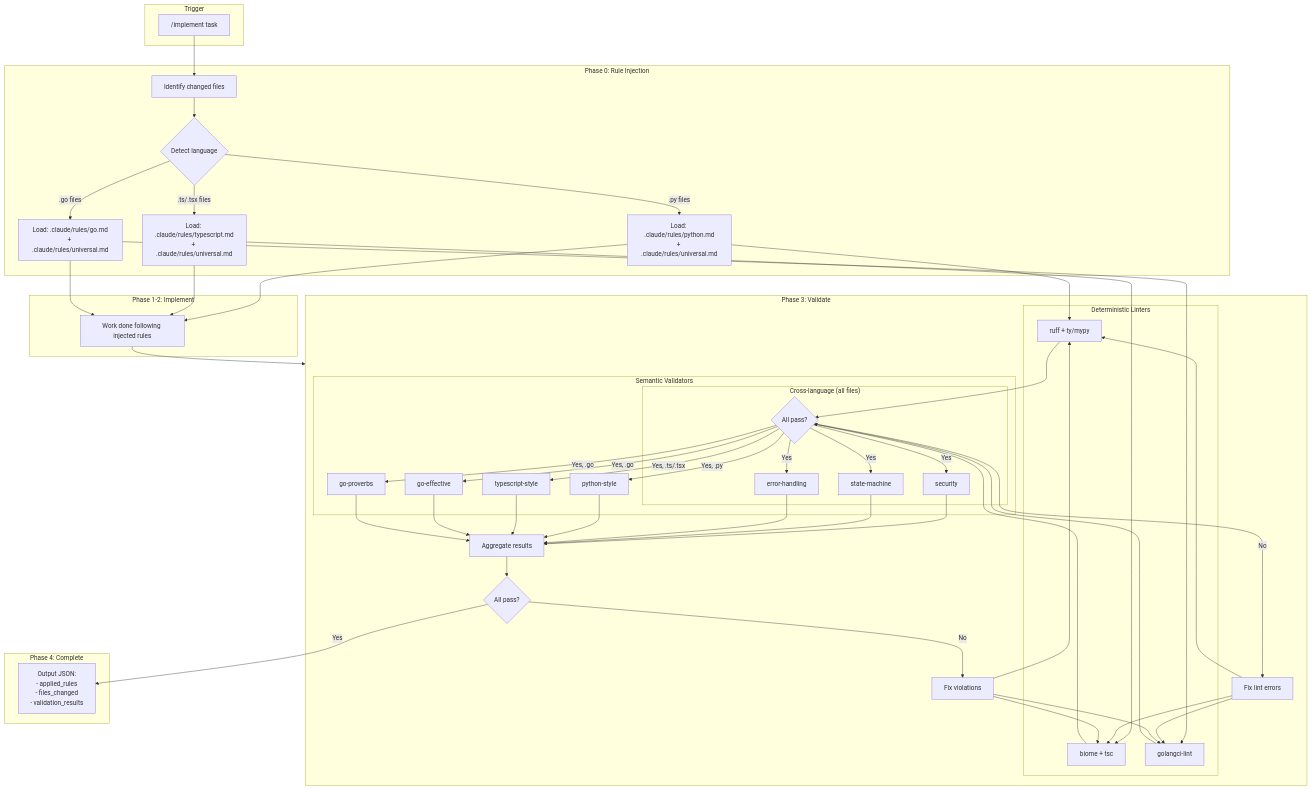
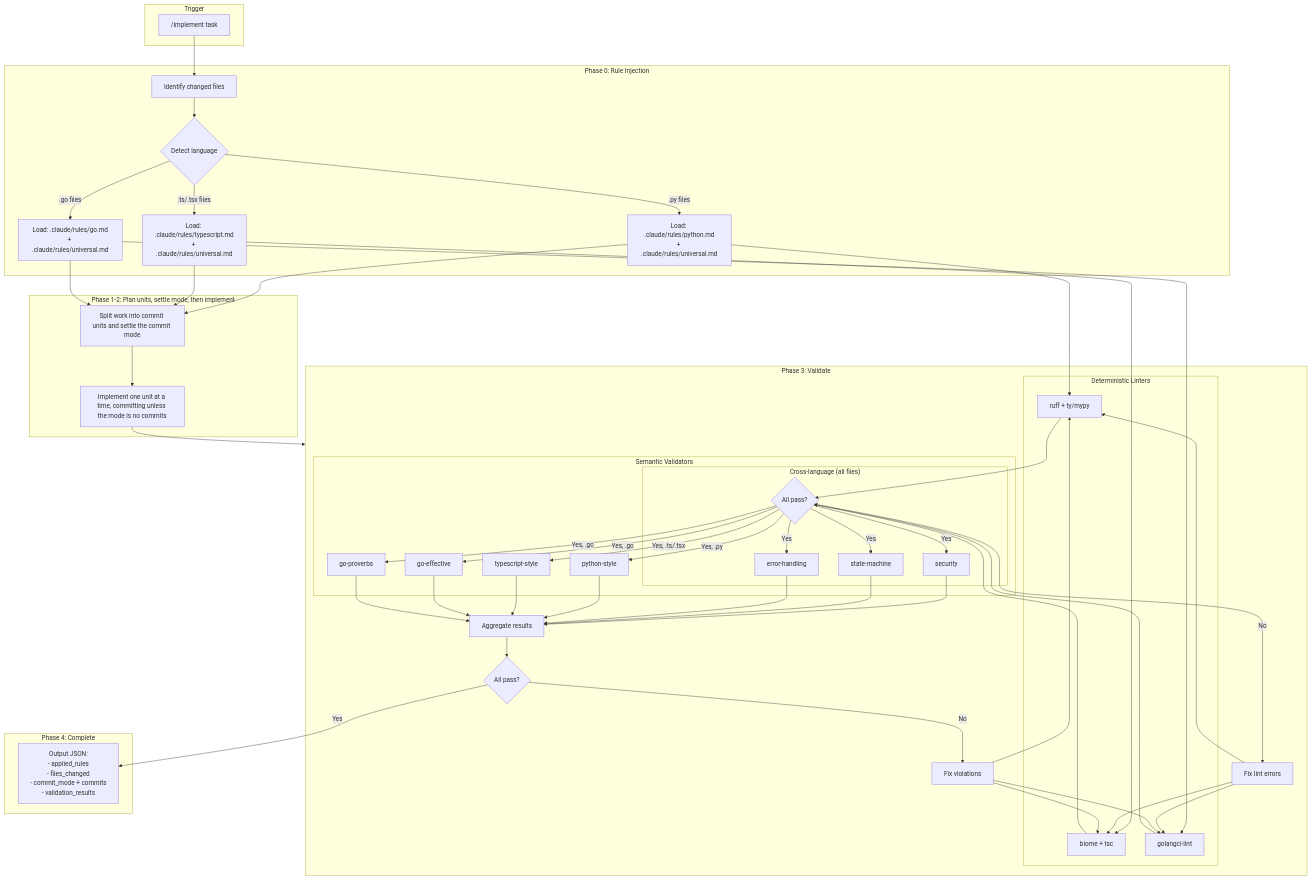
One commit to peteski22/agent-pragma changed the second of 7 diagrams in ARCHITECTURE.md. Above: the diagram before and after it, drawn with Mermaid. The commit also changed other lines of this file and 3 other files, not shown here.

First line of the commit message:
Commit each planned unit as the implement skill works (#157)

````diff
--- a/ARCHITECTURE.md
+++ b/ARCHITECTURE.md
@@ -159,57 +180,58 @@
 ```mermaid
 flowchart TB
     subgraph Trigger["Trigger"]
         Start["/implement task"]
     end
 
     subgraph Phase0["Phase 0: Rule Injection"]
         P0[Identify changed files]
         P0 --> DetectLang{Detect language}
 
         DetectLang -->|.py files| PyRules["Load: .claude/rules/python.md<br/>+ .claude/rules/universal.md"]
         DetectLang -->|.ts/.tsx files| TSRules["Load: .claude/rules/typescript.md<br/>+ .claude/rules/universal.md"]
         DetectLang -->|.go files| GoRules["Load: .claude/rules/go.md<br/>+ .claude/rules/universal.md"]
     end
 
-    subgraph Phase12["Phase 1-2: Implement"]
-        Impl[Work done following injected rules]
+    subgraph Phase12["Phase 1-2: Plan units, settle mode, then implement"]
+        Plan[Split work into commit units and settle the commit mode]
+        Plan --> Impl[Implement one unit at a time, committing unless the mode is no commits]
     end
 
     subgraph Phase3["Phase 3: Validate"]
         subgraph DetChecks["Deterministic Linters"]
             PyRules --> PyLint["ruff + ty/mypy"]
             TSRules --> TSLint["biome + tsc"]
             GoRules --> GoLint["golangci-lint"]
         end
 
         PyLint & TSLint & GoLint --> LintPass{All pass?}
         LintPass -->|No| FixLint[Fix lint errors]
         FixLint --> PyLint & TSLint & GoLint
 
         subgraph SemVal["Semantic Validators"]
             subgraph CrossLang["Cross-language (all files)"]
                 LintPass -->|Yes| SecVal["security"]
                 LintPass -->|Yes| StmVal["state-machine"]
                 LintPass -->|Yes| ErrVal["error-handling"]
             end
 
             LintPass -->|Yes, .py| PyStyle["python-style"]
             LintPass -->|Yes, .ts/.tsx| TSStyle["typescript-style"]
             LintPass -->|Yes, .go| GoEff["go-effective"]
             LintPass -->|Yes, .go| GoProv["go-proverbs"]
         end
 
         SecVal & StmVal & ErrVal & PyStyle & TSStyle & GoEff & GoProv --> Agg[Aggregate results]
         Agg --> ValPass{All pass?}
         ValPass -->|No| FixViol[Fix violations]
         FixViol --> PyLint & TSLint & GoLint
     end
 
     subgraph Phase4["Phase 4: Complete"]
-        ValPass -->|Yes| Output["Output JSON:<br/>- applied_rules<br/>- files_changed<br/>- validation_results"]
+        ValPass -->|Yes| Output["Output JSON:<br/>- applied_rules<br/>- files_changed<br/>- commit_mode + commits<br/>- validation_results"]
     end
 
     Start --> P0
-    PyRules & TSRules & GoRules --> Impl
+    PyRules & TSRules & GoRules --> Plan
     Impl --> Phase3
 ```
````
